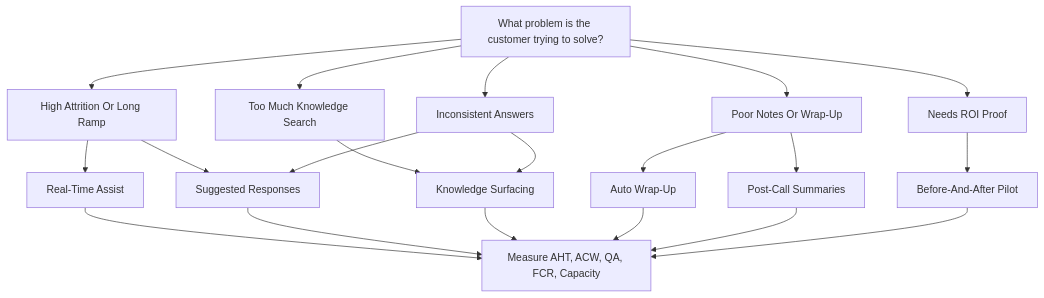
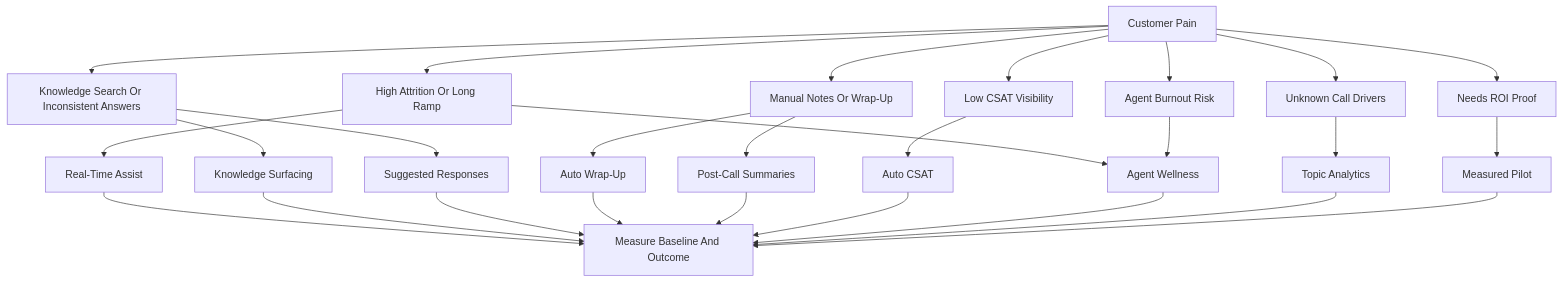
Before and after one commit to WebexSamples/webex-ai-agents: the second of 10 diagrams in AI_CookBook/ai-assist-benefits3.md, drawn with Mermaid. The commit also changed other lines of this file, not shown here.

````diff
--- a/AI_CookBook/ai-assist-benefits3.md
+++ b/AI_CookBook/ai-assist-benefits3.md
@@ -60,25 +53,31 @@
 ```mermaid
 flowchart TD
-    Start[What problem is the customer trying to solve?]
-    Start --> Attrition[High Attrition Or Long Ramp]
-    Start --> Search[Too Much Knowledge Search]
-    Start --> Inconsistent[Inconsistent Answers]
-    Start --> Notes[Poor Notes Or Wrap-Up]
+    Start[Customer Pain] --> Ramp[High Attrition Or Long Ramp]
+    Start --> Search[Knowledge Search Or Inconsistent Answers]
+    Start --> Notes[Manual Notes Or Wrap-Up]
+    Start --> CX[Low CSAT Visibility]
+    Start --> Burnout[Agent Burnout Risk]
+    Start --> Trends[Unknown Call Drivers]
     Start --> ROI[Needs ROI Proof]
 
-    Attrition --> RTA[Real-Time Assist]
-    Attrition --> Suggested[Suggested Responses]
+    Ramp --> RTA[Real-Time Assist]
+    Ramp --> Wellness[Agent Wellness]
     Search --> Knowledge[Knowledge Surfacing]
-    Inconsistent --> Suggested
-    Inconsistent --> Knowledge
+    Search --> Suggested[Suggested Responses]
     Notes --> Wrap[Auto Wrap-Up]
     Notes --> Summary[Post-Call Summaries]
-    ROI --> Pilot[Before-And-After Pilot]
+    CX --> AutoCSAT[Auto CSAT]
+    Burnout --> Wellness
+    Trends --> Topic[Topic Analytics]
+    ROI --> Pilot[Measured Pilot]
 
-    RTA --> Metrics[Measure AHT, ACW, QA, FCR, Capacity]
+    RTA --> Metrics[Measure Baseline And Outcome]
+    Knowledge --> Metrics
     Suggested --> Metrics
-    Knowledge --> Metrics
     Wrap --> Metrics
     Summary --> Metrics
+    AutoCSAT --> Metrics
+    Wellness --> Metrics
+    Topic --> Metrics
     Pilot --> Metrics
 ```
````
